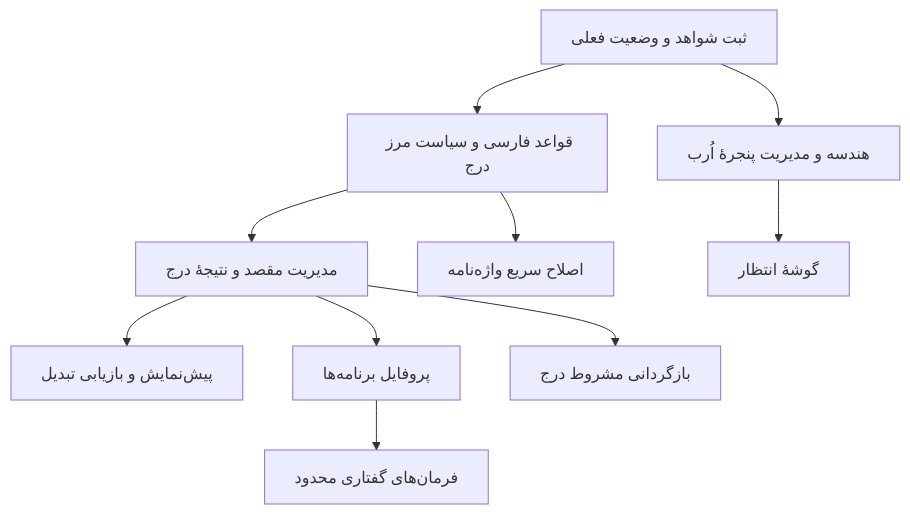
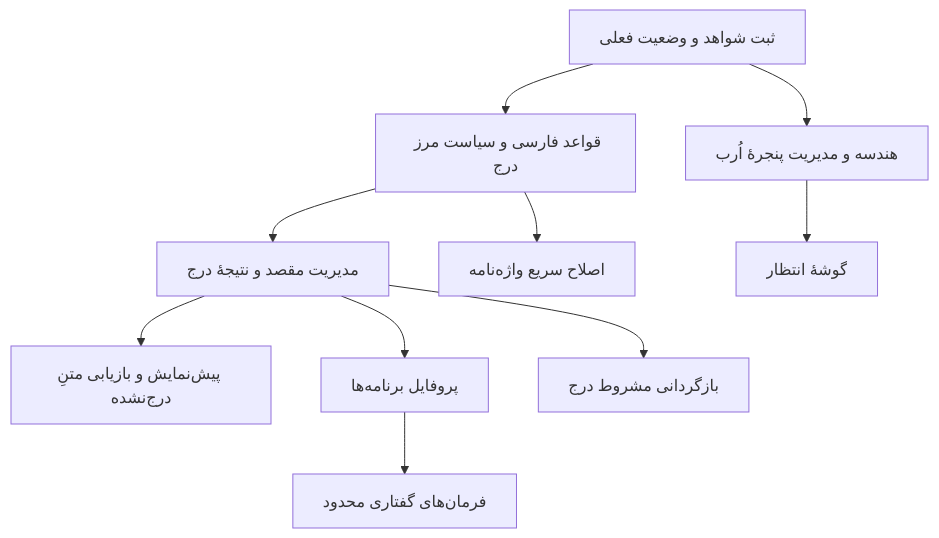
One commit to mahdimoslemi88-sys/OmniType-FreePTT-2 changed the diagram in docs/PRODUCT-DEVELOPMENT-ROADMAP.md. Above: the diagram before and after it, drawn with Mermaid. The commit also changed other lines of this file and 75 other files, not shown here.

````diff
--- a/docs/PRODUCT-DEVELOPMENT-ROADMAP.md
+++ b/docs/PRODUCT-DEVELOPMENT-ROADMAP.md
@@ -35,12 +36,12 @@
 ```mermaid
 flowchart TD
     A[ثبت شواهد و وضعیت فعلی] --> B[قواعد فارسی و سیاست مرز درج]
     A --> C[هندسه و مدیریت پنجرهٔ اُرب]
     B --> D[مدیریت مقصد و نتیجهٔ درج]
-    D --> E[پیش‌نمایش و بازیابی تبدیل]
+    D --> E[پیش‌نمایش و بازیابی متنِ درج‌نشده]
     C --> F[گوشهٔ انتظار]
     B --> G[اصلاح سریع واژه‌نامه]
     D --> H[پروفایل برنامه‌ها]
     H --> I[فرمان‌های گفتاری محدود]
     D --> J[بازگردانی مشروط درج]
 ```
````
